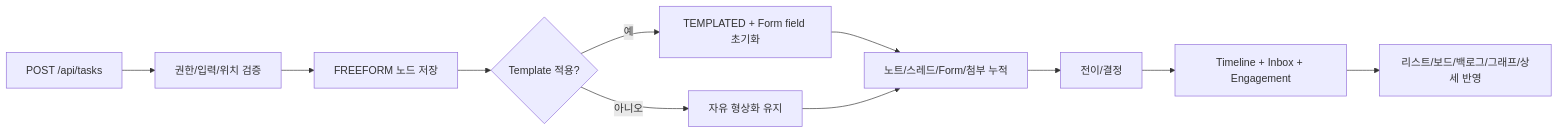
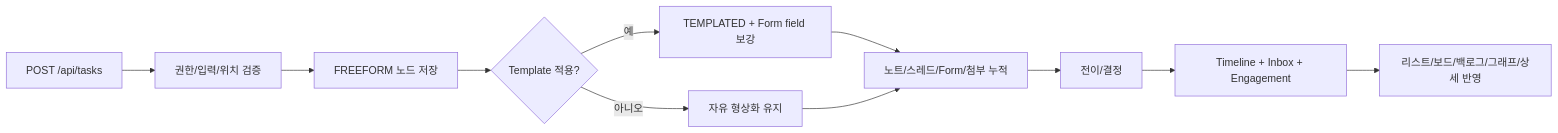
One commit to claire-yunsumin/test changed the diagram in docs/TASK_LIFECYCLE.md. Above: the diagram before and after it, drawn with Mermaid. The commit also changed other lines of this file and 19 other files, not shown here.

````diff
--- a/docs/TASK_LIFECYCLE.md
+++ b/docs/TASK_LIFECYCLE.md
@@ -93,13 +93,13 @@
 ```mermaid
 flowchart LR
   A[POST /api/tasks] --> B[권한/입력/위치 검증]
   B --> C[FREEFORM 노드 저장]
   C --> D{Template 적용?}
-  D -->|예| E[TEMPLATED + Form field 초기화]
+  D -->|예| E[TEMPLATED + Form field 보강]
   D -->|아니오| F[자유 형상화 유지]
   E --> G[노트/스레드/Form/첨부 누적]
   F --> G
   G --> H[전이/결정]
   H --> I[Timeline + Inbox + Engagement]
   I --> J[리스트/보드/백로그/그래프/상세 반영]
 ```
````
